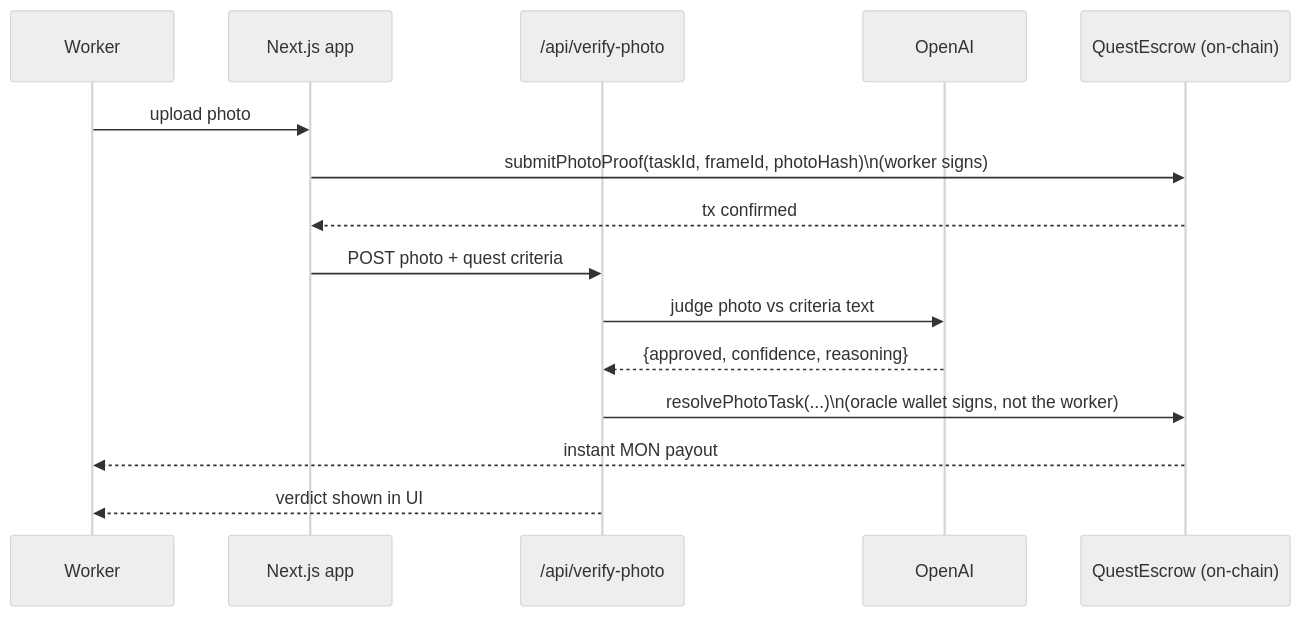
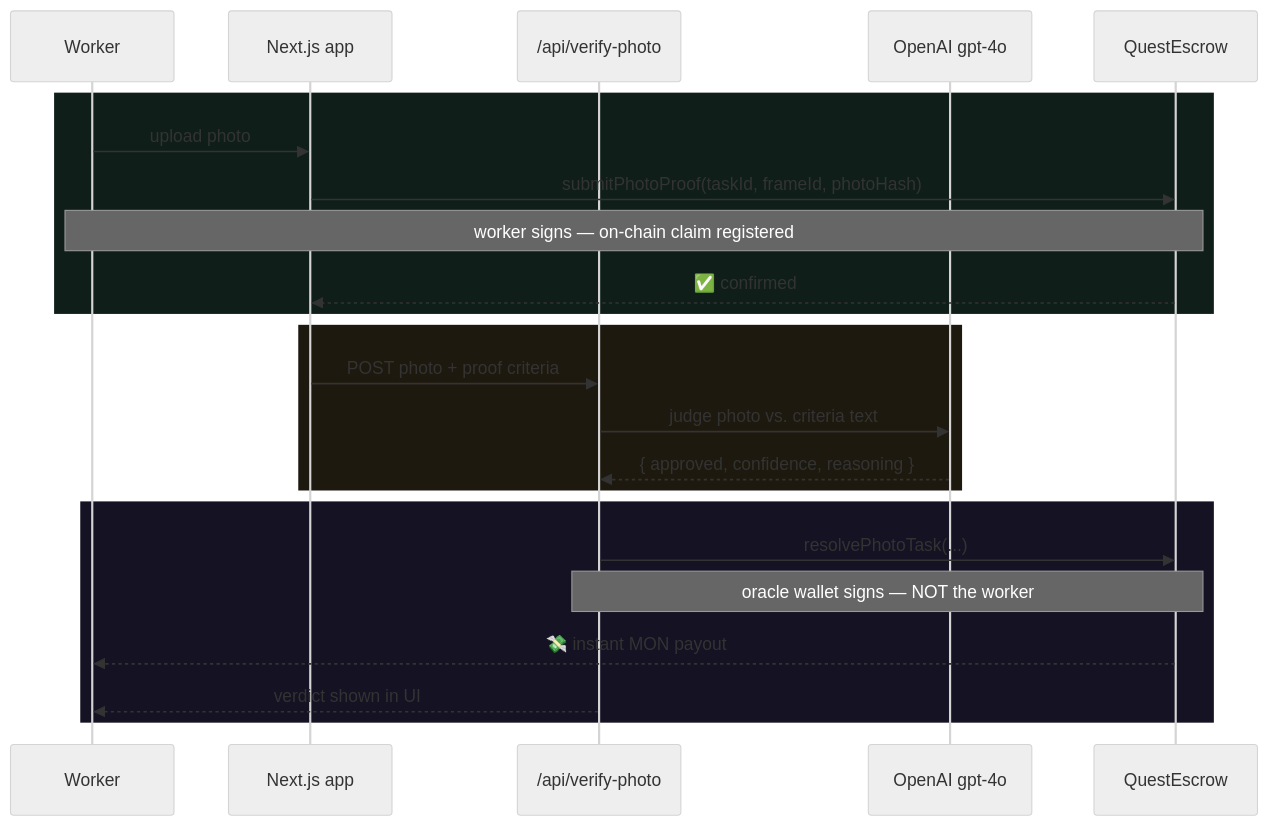
The second of 2 diagrams in README.md (HORRIDBEAST/BountyDrop), drawn with Mermaid (neutral theme) before and after one commit. The commit also changed other lines of this file, not shown here.

````diff
--- a/README.md
+++ b/README.md
@@ -73,18 +156,28 @@
 ```mermaid
 sequenceDiagram
     participant Worker
     participant App as Next.js app
     participant API as /api/verify-photo
-    participant OpenAI
-    participant Chain as QuestEscrow (on-chain)
+    participant AI as OpenAI gpt-4o
+    participant Chain as QuestEscrow
 
+    rect rgb(15, 30, 25)
     Worker->>App: upload photo
-    App->>Chain: submitPhotoProof(taskId, frameId, photoHash)\n(worker signs)
-    Chain-->>App: tx confirmed
-    App->>API: POST photo + quest criteria
-    API->>OpenAI: judge photo vs criteria text
-    OpenAI-->>API: {approved, confidence, reasoning}
-    API->>Chain: resolvePhotoTask(...)\n(oracle wallet signs, not the worker)
-    Chain-->>Worker: instant MON payout
+    App->>Chain: submitPhotoProof(taskId, frameId, photoHash)
+    Note over Worker,Chain: worker signs — on-chain claim registered
+    Chain-->>App: ✅ confirmed
+    end
+
+    rect rgb(30, 25, 15)
+    App->>API: POST photo + proof criteria
+    API->>AI: judge photo vs. criteria text
+    AI-->>API: { approved, confidence, reasoning }
+    end
+
+    rect rgb(20, 18, 35)
+    API->>Chain: resolvePhotoTask(...)
+    Note over API,Chain: oracle wallet signs — NOT the worker
+    Chain-->>Worker: 💸 instant MON payout
     API-->>Worker: verdict shown in UI
+    end
 ```
````
